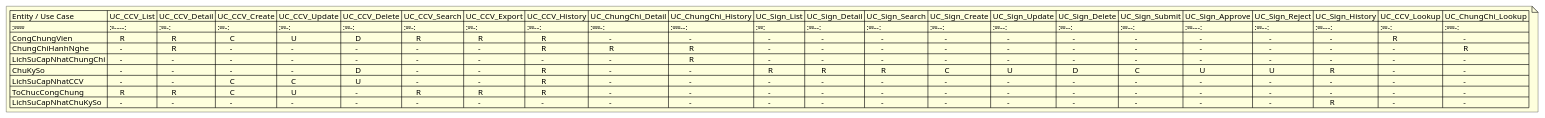
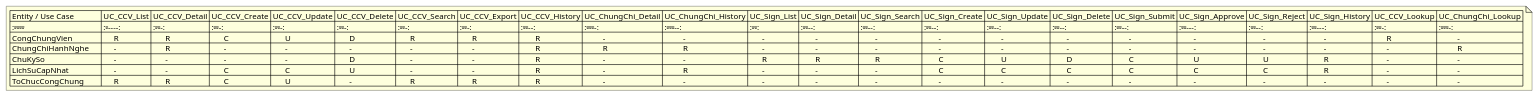
The diagram in Quản lý công chứng viên/5.crud-matrix.puml (phuongpm23/nds-docs-test), drawn with PlantUML before and after one commit. The commit also changed 26 other files, not shown here.

Commit message:
Update ERD

```diff
--- a/Quản lý công chứng viên/5.crud-matrix.puml
+++ b/Quản lý công chứng viên/5.crud-matrix.puml
@@ -1,13 +1,11 @@
 @startuml CRUD_Matrix
 note as CRUD_Matrix
 | Entity / Use Case     | UC_CCV_List | UC_CCV_Detail | UC_CCV_Create | UC_CCV_Update | UC_CCV_Delete | UC_CCV_Search | UC_CCV_Export | UC_CCV_History | UC_ChungChi_Detail | UC_ChungChi_History | UC_Sign_List | UC_Sign_Detail | UC_Sign_Search | UC_Sign_Create | UC_Sign_Update | UC_Sign_Delete | UC_Sign_Submit | UC_Sign_Approve | UC_Sign_Reject | UC_Sign_History | UC_CCV_Lookup | UC_ChungChi_Lookup |
 | :-------------------- | :---------: | :-----------: | :-----------: | :-----------: | :-----------: | :-----------: | :-----------: | :------------: | :----------------: | :-----------------: | :----------: | :------------: | :------------: | :------------: | :------------: | :------------: | :------------: | :-------------: | :------------: | :-------------: | :-----------: | :----------------: |
 | CongChungVien         |      R      |       R       |       C       |       U       |       D       |       R       |       R       |        R       |          -         |          -          |       -      |        -       |        -       |        -       |        -       |        -       |        -       |        -        |        -       |        -        |       R       |          -         |
 | ChungChiHanhNghe      |      -      |       R       |       -       |       -       |       -       |       -       |       -       |        R       |          R         |          R          |       -      |        -       |        -       |        -       |        -       |        -       |        -       |        -        |        -       |        -        |       -       |          R         |
-| LichSuCapNhatChungChi |      -      |       -       |       -       |       -       |       -       |       -       |       -       |        -       |          -         |          R          |       -      |        -       |        -       |        -       |        -       |        -       |        -       |        -        |        -       |        -        |       -       |          -         |
 | ChuKySo               |      -      |       -       |       -       |       -       |       D       |       -       |       -       |        R       |          -         |          -          |       R      |        R       |        R       |        C       |        U       |        D       |        C       |        U        |        U       |        R        |       -       |          -         |
-| LichSuCapNhatCCV      |      -      |       -       |       C       |       C       |       U       |       -       |       -       |        R       |          -         |          -          |       -      |        -       |        -       |        -       |        -       |        -       |        -       |        -        |        -       |        -        |       -       |          -         |
+| LichSuCapNhat      |      -      |       -       |       C       |       C       |       U       |       -       |       -       |        R       |          -         |          R          |       -      |        -       |        -       |        C       |        C       |        C       |        C       |        C        |        C       |        R        |       -       |          -         |
 | ToChucCongChung       |      R      |       R       |       C       |       U       |       -       |       R       |       R       |        R       |          -         |          -          |       -      |        -       |        -       |        -       |        -       |        -       |        -       |        -        |        -       |        -        |       -       |          -         |
-| LichSuCapNhatChuKySo  |      -      |       -       |       -       |       -       |       -       |       -       |       -       |        -       |          -         |          -          |       -      |        -       |        -       |        -       |        -       |        -       |        -       |        -        |        -       |        R        |       -       |          -         |
 end note
 @enduml
```
